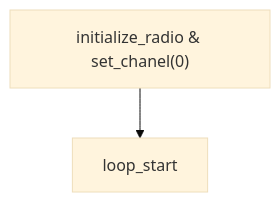
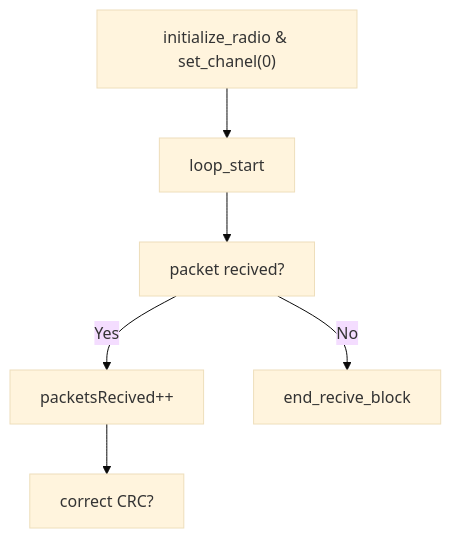
The diagram in README.md (DaniAntolin/NodoIoT_RFM69), drawn with Mermaid (base theme) before and after one commit.

````diff
--- a/README.md
+++ b/README.md
@@ -41,4 +41,8 @@
 ```mermaid
 graph TD;
     A["initialize_radio & set_chanel(0)"]-->B[loop_start];
+    B["loop_start"]-->C["packet recived?"];
+    C["packet recived?"]-- Yes -->D[packetsRecived++];
+    C["packet recived?"]-- No -->E[end_recive_block];
+    D[packetsRecived++]-->F["correct CRC?"];
 ```
````
